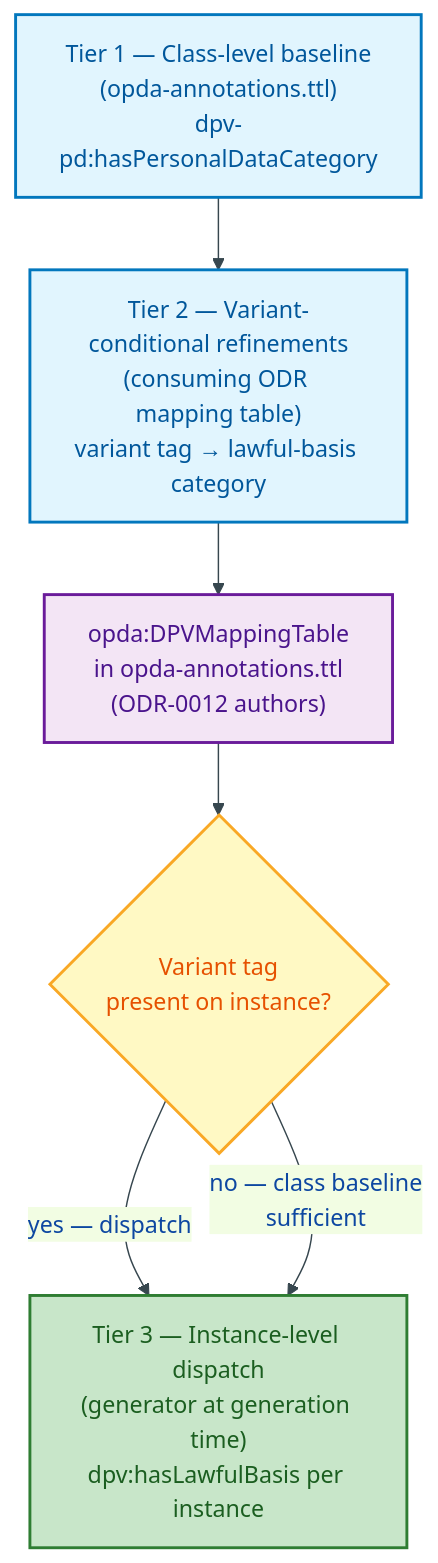
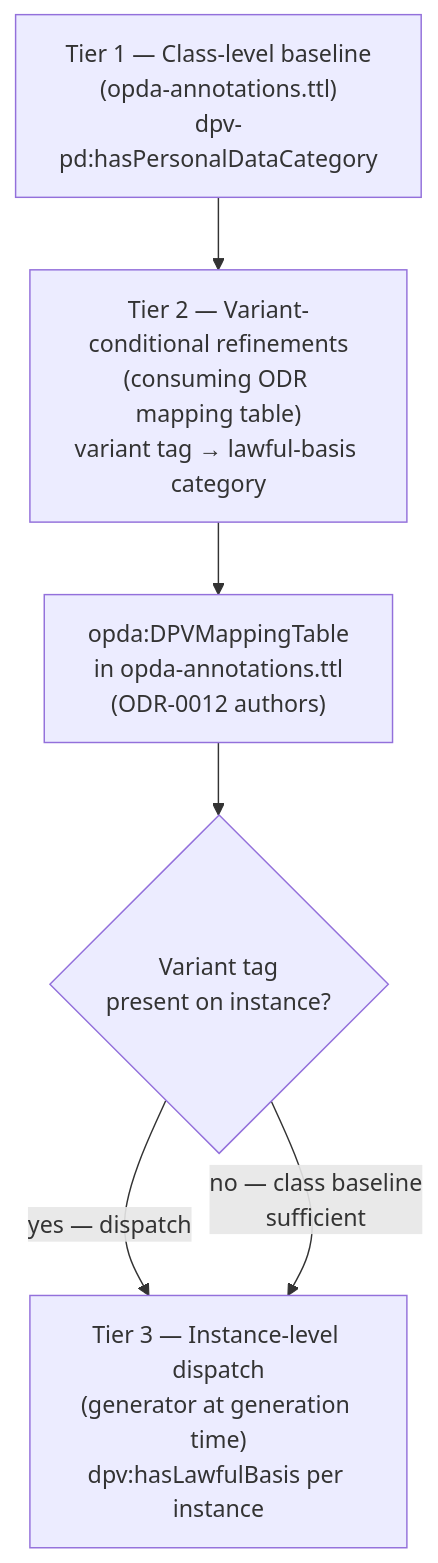
One commit to sparkling/opda changed the second of 4 diagrams in docs/ontology/odr/ODR-0018-dpv-class-level-coannotation-pattern.md. Above: the diagram before and after it, drawn with Mermaid. The commit also changed other lines of this file and 25 other files, not shown here.

````diff
--- a/docs/ontology/odr/ODR-0018-dpv-class-level-coannotation-pattern.md
+++ b/docs/ontology/odr/ODR-0018-dpv-class-level-coannotation-pattern.md
@@ -76,23 +71,18 @@
 ```mermaid
-%%{init:{"theme":"base","themeVariables":{"primaryColor":"#E3F2FD","primaryTextColor":"#0D47A1","primaryBorderColor":"#1565C0","lineColor":"#37474F"}}}%%
 flowchart TD
     accTitle: Three-tier co-annotation structure
     accDescr: Tier 1 is the class-level dpv-pd baseline declared in opda-annotations.ttl; Tier 2 is variant-conditional refinements per ODR mapping table; Tier 3 is per-instance lawful-basis emitted by the generator at generation time.
-    classDef process fill:#E1F5FE,stroke:#0277BD,stroke-width:2px,color:#01579B
-    classDef decision fill:#FFF9C4,stroke:#F9A825,stroke-width:2px,color:#E65100
-    classDef output fill:#C8E6C9,stroke:#2E7D32,stroke-width:2px,color:#1B5E20
-    classDef store fill:#F3E5F5,stroke:#6A1B9A,stroke-width:2px,color:#4A148C
 
     T1["Tier 1 — Class-level baseline<br/>(opda-annotations.ttl)<br/>dpv-pd:hasPersonalDataCategory"]:::process
     T2["Tier 2 — Variant-conditional refinements<br/>(consuming ODR mapping table)<br/>variant tag → lawful-basis category"]:::process
-    T3["Tier 3 — Instance-level dispatch<br/>(generator at generation time)<br/>dpv:hasLawfulBasis per instance"]:::output
+    T3["Tier 3 — Instance-level dispatch<br/>(generator at generation time)<br/>dpv:hasLawfulBasis per instance"]:::success
 
-    MT["opda:DPVMappingTable<br/>in opda-annotations.ttl<br/>(ODR-0012 authors)"]:::store
-    VT{"Variant tag<br/>present on instance?"}:::decision
+    MT["opda:DPVMappingTable<br/>in opda-annotations.ttl<br/>(ODR-0012 authors)"]:::user
+    VT{"Variant tag<br/>present on instance?"}:::warning
 
     T1 --> T2
     T2 --> MT
     MT --> VT
     VT -->|"yes — dispatch"| T3
     VT -->|"no — class baseline<br/>sufficient"| T3
 ```
````
